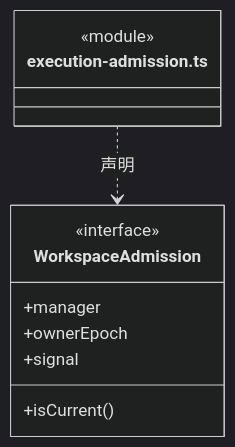
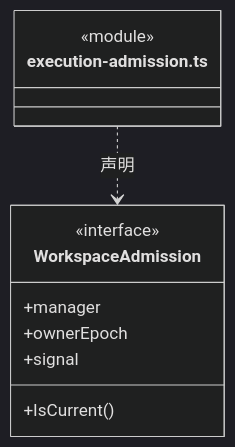
Before and after one commit to nan023062/cbim: the sixth of 11 diagrams in src/logic/application/assembly/ARCHITECTURE.md, drawn with Mermaid (dark theme). The commit also changed other lines of this file and 1035 other files, not shown here.

````diff
--- a/src/logic/application/assembly/ARCHITECTURE.md
+++ b/src/logic/application/assembly/ARCHITECTURE.md
@@ -99,14 +99,14 @@
 ```mermaid
 classDiagram
 class N_src_logic_application_assembly_execution_admission_ts["execution-admission.ts"] {
   <<module>>
 }
 class N_src_logic_application_assembly_execution_admission_ts_WorkspaceAdmission["WorkspaceAdmission"] {
   <<interface>>
   +manager
   +ownerEpoch
-  +isCurrent()
+  +IsCurrent()
   +signal
 }
 N_src_logic_application_assembly_execution_admission_ts ..> N_src_logic_application_assembly_execution_admission_ts_WorkspaceAdmission : 声明
 ```
````
